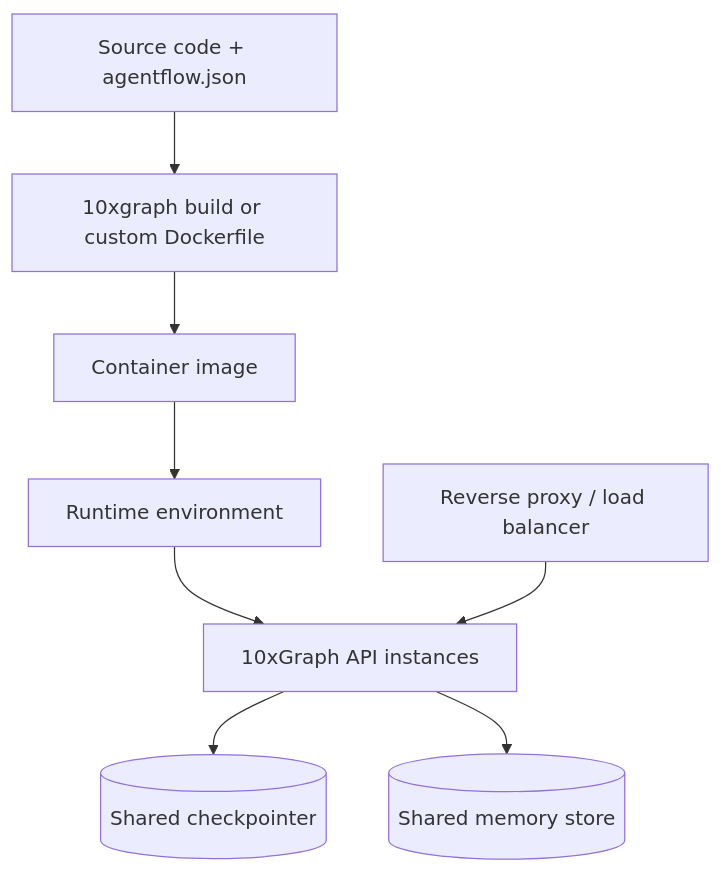
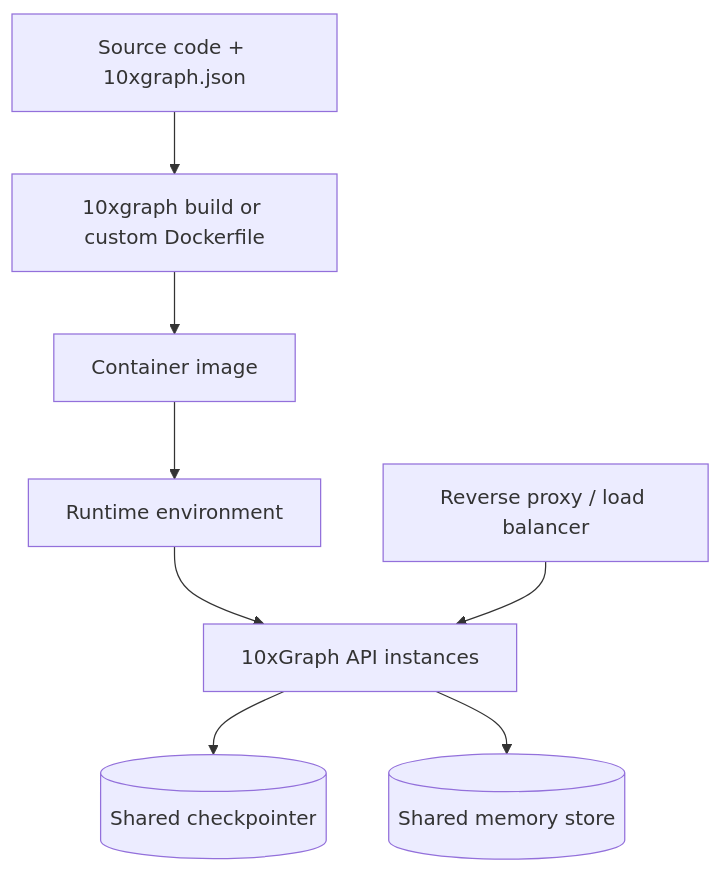
One commit to 10xHub/agentflow-docs changed the first of 2 diagrams in src/content/docs/how-to/production/deployment.md. Above: the diagram before and after it, drawn with Mermaid. The commit also changed 237 other files, not shown here.

````diff
--- a/src/content/docs/how-to/production/deployment.md
+++ b/src/content/docs/how-to/production/deployment.md
@@ -18,10 +18,10 @@
 ```mermaid
 flowchart TD
-    A[Source code + agentflow.json] --> B[10xgraph build or custom Dockerfile]
+    A[Source code + 10xgraph.json] --> B[10xgraph build or custom Dockerfile]
     B --> C[Container image]
     C --> D[Runtime environment]
     D --> E[10xGraph API instances]
     E --> F[(Shared checkpointer)]
     E --> G[(Shared memory store)]
     H[Reverse proxy / load balancer] --> E
 ```
````
